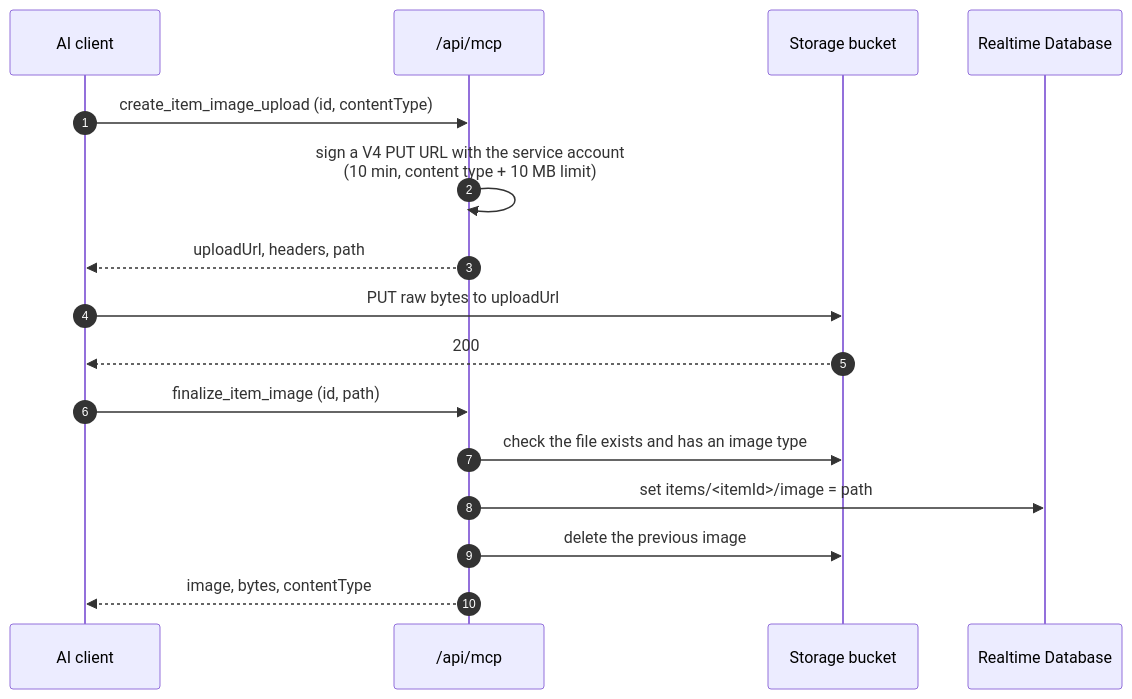
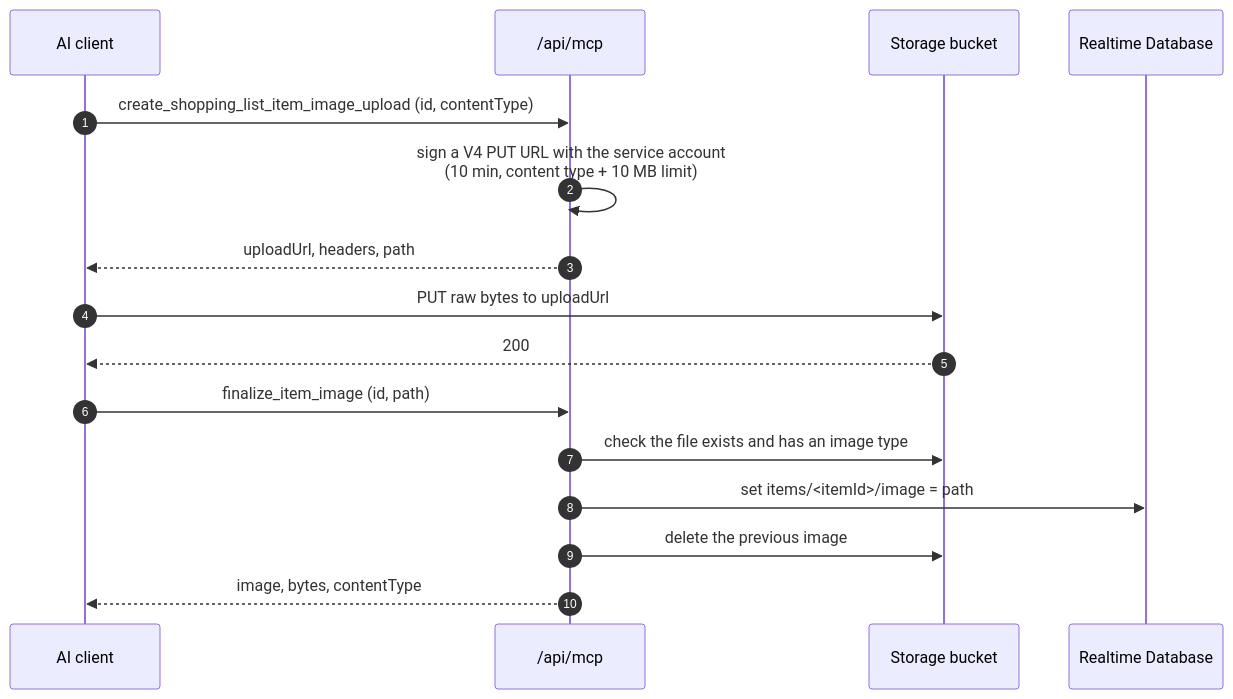
Before and after one commit to moshfeu/synced-shopping-list: the third of 3 diagrams in docs/mcp.md, drawn with Mermaid. The commit also changed other lines of this file and 6 other files, not shown here.

````diff
--- a/docs/mcp.md
+++ b/docs/mcp.md
@@ -82,19 +82,19 @@
 ```mermaid
 sequenceDiagram
     autonumber
     participant A as AI client
     participant N as /api/mcp
     participant S as Storage bucket
     participant R as Realtime Database
 
-    A->>N: create_item_image_upload (id, contentType)
+    A->>N: create_shopping_list_item_image_upload (id, contentType)
     N->>N: sign a V4 PUT URL with the service account<br/>(10 min, content type + 10 MB limit)
     N-->>A: uploadUrl, headers, path
     A->>S: PUT raw bytes to uploadUrl
     S-->>A: 200
     A->>N: finalize_item_image (id, path)
     N->>S: check the file exists and has an image type
     N->>R: set items/<itemId>/image = path
     N->>S: delete the previous image
     N-->>A: image, bytes, contentType
 ```
````
